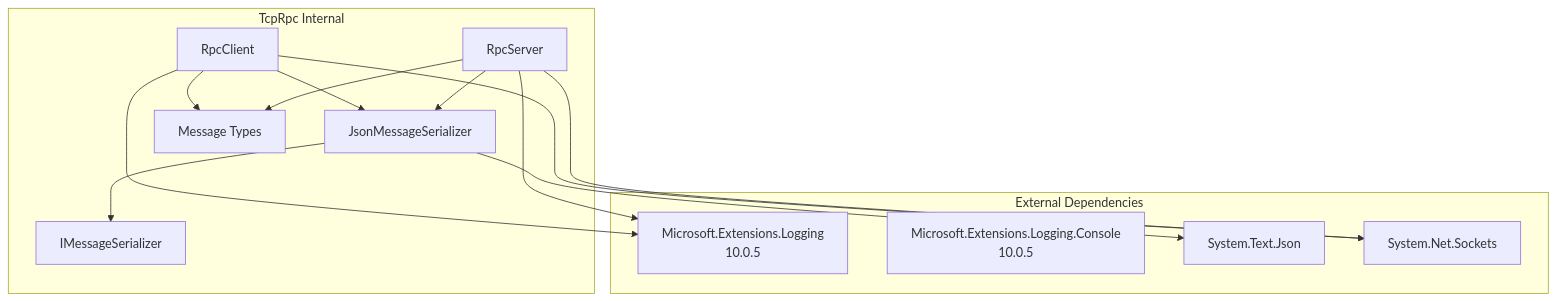
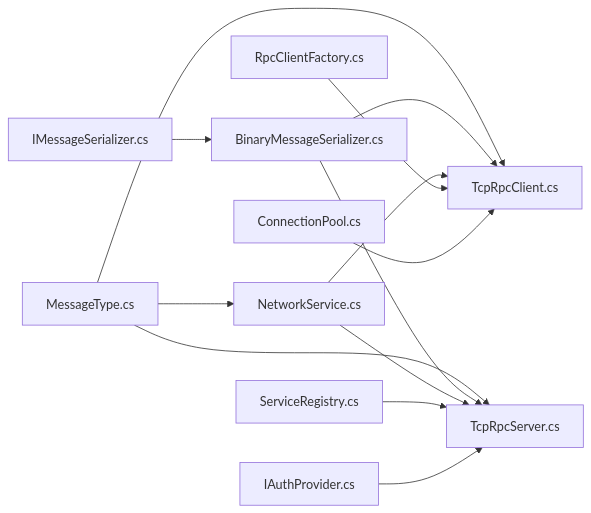
The seventh of 7 diagrams in .qoder/repowiki/en/content/Project Overview.md (Seamas/TcpRpc.Net), drawn with Mermaid before and after one commit. The commit also changed other lines of this file and 69 other files, not shown here.

````diff
--- a/.qoder/repowiki/en/content/Project Overview.md
+++ b/.qoder/repowiki/en/content/Project Overview.md
@@ -350,26 +268,15 @@
 ```mermaid
-graph TB
-subgraph "External Dependencies"
-Logging["Microsoft.Extensions.Logging<br/>10.0.5"]
-ConsoleLog["Microsoft.Extensions.Logging.Console<br/>10.0.5"]
-TextJson["System.Text.Json"]
-NetSockets["System.Net.Sockets"]
-end
-subgraph "TcpRpc Internal"
-Client["RpcClient"]
-Server["RpcServer"]
-Serializer["JsonMessageSerializer"]
-Interfaces["IMessageSerializer"]
-Messages["Message Types"]
-end
-Client --> Serializer
-Server --> Serializer
-Client --> Messages
-Server --> Messages
-Client --> Logging
-Server --> Logging
-Serializer --> TextJson
-Client --> NetSockets
-Server --> NetSockets
-Serializer --> Interfaces
+graph LR
+IM["IMessageSerializer.cs"] --> BMS["BinaryMessageSerializer.cs"]
+MS["MessageType.cs"] --> NS["NetworkService.cs"]
+MS --> TRC["TcpRpcClient.cs"]
+MS --> TRS["TcpRpcServer.cs"]
+BMS --> TRC
+BMS --> TRS
+NS --> TRC
+NS --> TRS
+SR["ServiceRegistry.cs"] --> TRS
+AP["IAuthProvider.cs"] --> TRS
+RCF["RpcClientFactory.cs"] --> TRC
+CP["ConnectionPool.cs"] --> TRC
 ```
````
